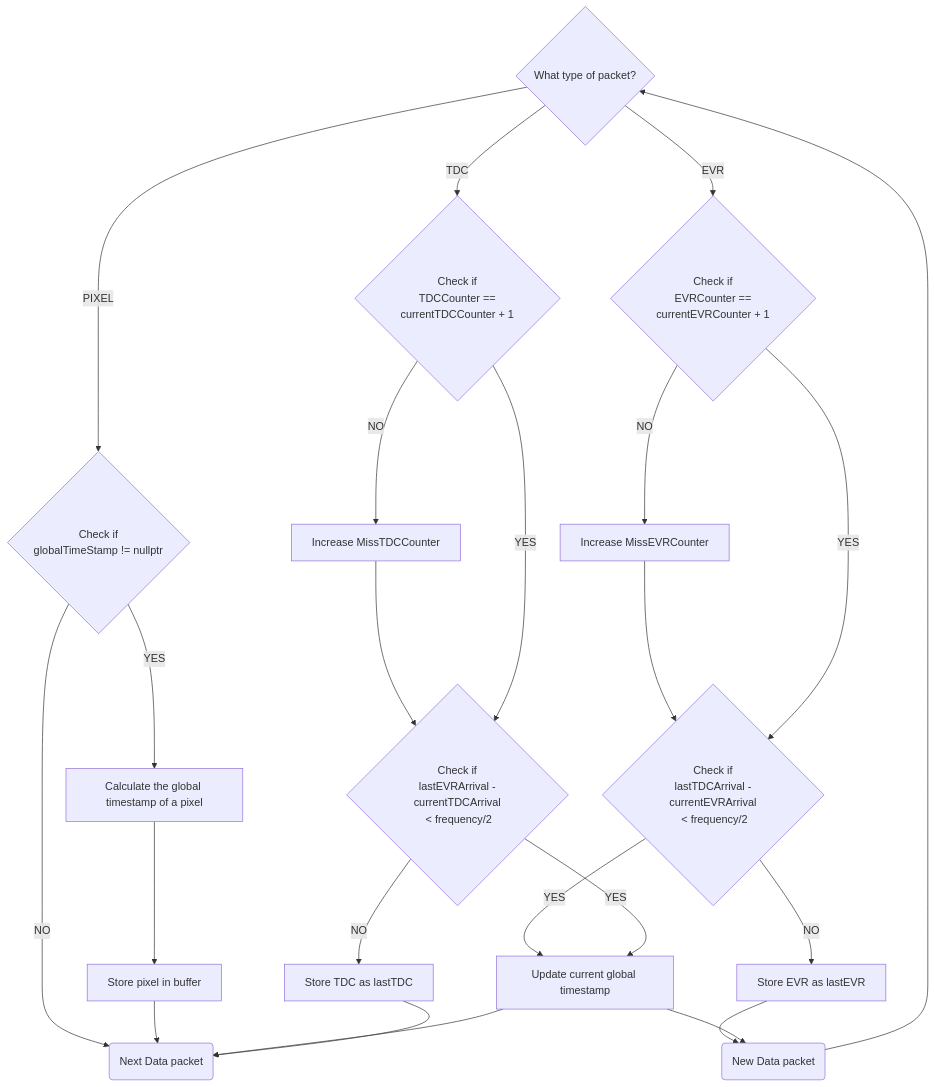
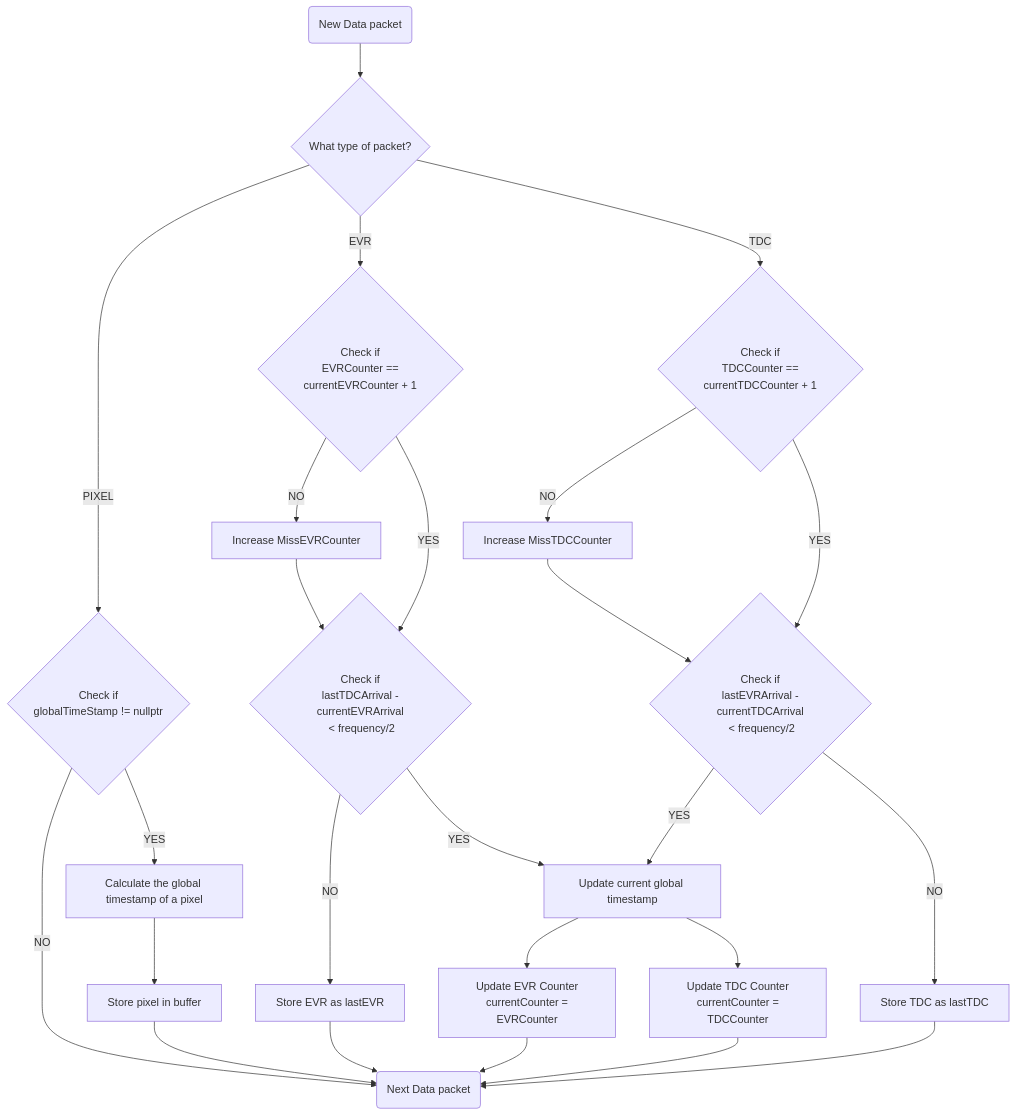
One commit to ess-dmsc/event-formation-unit changed the second of 2 diagrams in src/modules/timepix3/readout/README.md. Above: the diagram before and after it, drawn with Mermaid. The commit also changed other lines of this file, not shown here.

````diff
--- a/src/modules/timepix3/readout/README.md
+++ b/src/modules/timepix3/readout/README.md
@@ -11,42 +53,46 @@
 ```mermaid
 flowchart TD
 
 Parsing{What type of packet?}
 IsLastEVRPair{Check if\n lastEVRArrival - currentTDCArrival\n < frequency/2}
 IsLastTDCPair{Check if\n lastTDCArrival - currentEVRArrival\n < frequency/2}
 IsGlobalTimestampExists{Check if\n globalTimeStamp != nullptr}
 CheckEVRCounter{Check if\n EVRCounter == currentEVRCounter + 1}
 CheckTDCCounter{Check if\n TDCCounter == currentTDCCounter + 1}
 
 UpdateCurrentGlobalTimeStamp[Update current global timestamp]
 StoreLastTDC[Store TDC as lastTDC]
 StoreLastEVR[Store EVR as lastEVR]
 IncredaseMissEVR[Increase MissEVRCounter]
 IncreaseMissTDC[Increase MissTDCCounter]
 CalculatePixelGlobalTimestamp[Calculate the global timestamp of a pixel]
 StorePixelInBuffer[Store pixel in buffer]
+UpdateEVRCounter[Update EVR Counter\n currentCounter = EVRCounter]
+UpdateTDCCounter[Update TDC Counter\n currentCounter = TDCCounter]
 
 NextPacket(Next Data packet)
 NewPacket(New Data packet)
 
 NewPacket --> Parsing
 
 Parsing -->|PIXEL| IsGlobalTimestampExists
 IsGlobalTimestampExists -->|NO| NextPacket
 IsGlobalTimestampExists -->|YES| CalculatePixelGlobalTimestamp
 CalculatePixelGlobalTimestamp --> StorePixelInBuffer --> NextPacket
 
 Parsing -->|EVR| CheckEVRCounter 
 CheckEVRCounter -->|NO| IncredaseMissEVR
 IncredaseMissEVR --> IsLastTDCPair
 CheckEVRCounter -->|YES| IsLastTDCPair
-IsLastTDCPair --> |NO| StoreLastEVR --> NewPacket
-IsLastTDCPair --> |YES| UpdateCurrentGlobalTimeStamp --> NewPacket
+IsLastTDCPair --> |NO| StoreLastEVR --> NextPacket
+IsLastTDCPair --> |YES| UpdateCurrentGlobalTimeStamp --> UpdateEVRCounter 
+UpdateEVRCounter --> NextPacket
 
 
 Parsing -->|TDC| CheckTDCCounter
 CheckTDCCounter -->|NO| IncreaseMissTDC --> IsLastEVRPair
 CheckTDCCounter -->|YES| IsLastEVRPair
-IsLastEVRPair -->|YES| UpdateCurrentGlobalTimeStamp --> NextPacket
+IsLastEVRPair -->|YES| UpdateCurrentGlobalTimeStamp --> UpdateTDCCounter
+UpdateTDCCounter-->  NextPacket
 IsLastEVRPair -->|NO| StoreLastTDC --> NextPacket
 ```
````
